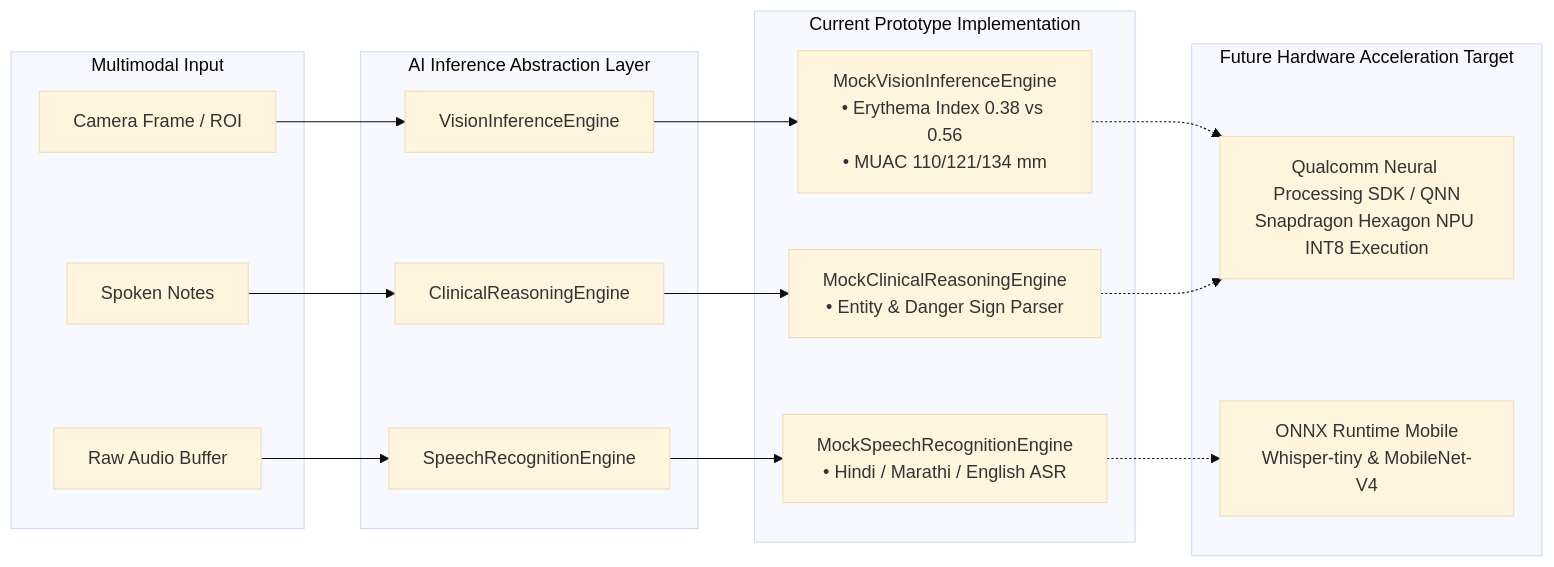
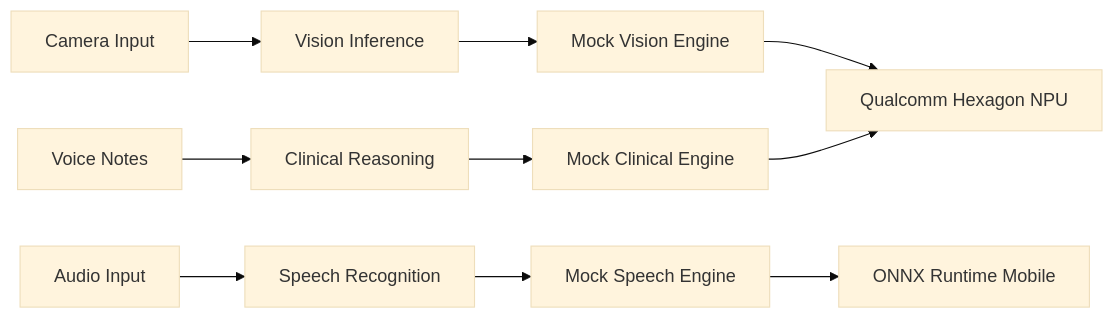
Before and after one commit to SarthakNC/Nidan-AI---IQOO-INDIA-HACKATHON-IDEA-SUBMISSION: the third of 4 diagrams in README.md, drawn with Mermaid (base theme). The commit also changed other lines of this file, not shown here.

````diff
--- a/README.md
+++ b/README.md
@@ -234,33 +245,29 @@
 ```mermaid
-flowchart LR
-    subgraph Input ["Multimodal Input"]
-        Cam[Camera Frame / ROI]
-        Mic[Raw Audio Buffer]
-        Text[Spoken Notes]
-    end
+graph LR
+    CAM["Camera Input"]
+    MIC["Audio Input"]
+    TEXT["Voice Notes"]
 
-    subgraph Abstraction ["AI Inference Abstraction Layer"]
-        VIE[VisionInferenceEngine]
-        SRE[SpeechRecognitionEngine]
-        CRE[ClinicalReasoningEngine]
-    end
+    VIE["Vision Inference"]
+    SRE["Speech Recognition"]
+    CRE["Clinical Reasoning"]
 
-    subgraph Engine ["Current Prototype Implementation"]
-        MVIE[MockVisionInferenceEngine<br/>• Erythema Index 0.38 vs 0.56<br/>• MUAC 110/121/134 mm]
-        MSRE[MockSpeechRecognitionEngine<br/>• Hindi / Marathi / English ASR]
-        MCRE[MockClinicalReasoningEngine<br/>• Entity & Danger Sign Parser]
-    end
+    MVIE["Mock Vision Engine"]
+    MSRE["Mock Speech Engine"]
+    MCRE["Mock Clinical Engine"]
 
-    subgraph Target ["Future Hardware Acceleration Target"]
-        QNN[Qualcomm Neural Processing SDK / QNN<br/>Snapdragon Hexagon NPU INT8 Execution]
-        ONNX[ONNX Runtime Mobile<br/>Whisper-tiny & MobileNet-V4]
-    end
+    QNN["Qualcomm Hexagon NPU"]
+    ONNX["ONNX Runtime Mobile"]
 
-    Cam --> VIE
-    Mic --> SRE
-    Text --> CRE
+    CAM --> VIE
+    MIC --> SRE
+    TEXT --> CRE
 
-    VIE --> MVIE -.-> QNN
-    SRE --> MSRE -.-> ONNX
-    CRE --> MCRE -.-> QNN
+    VIE --> MVIE
+    SRE --> MSRE
+    CRE --> MCRE
+
+    MVIE --> QNN
+    MSRE --> ONNX
+    MCRE --> QNN
 ```
````
